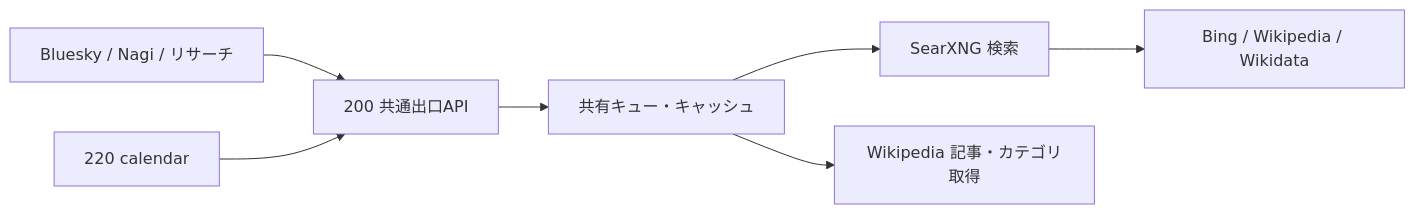
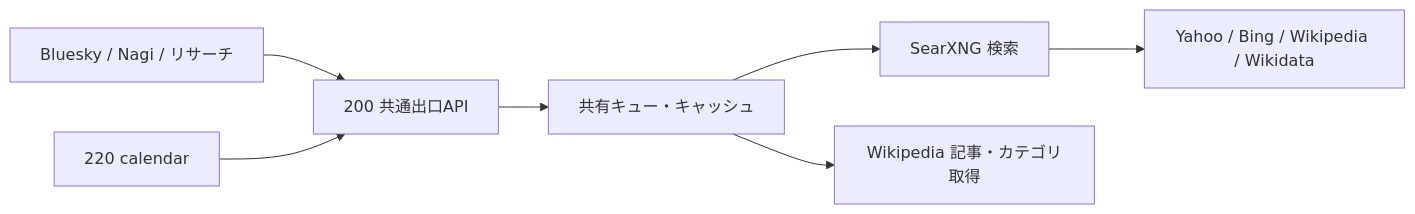
Before and after one commit to suibari/bot-tan-core: the diagram in docs/search-egress.md, drawn with Mermaid. The commit also changed other lines of this file and 4 other files, not shown here.

````diff
--- a/docs/search-egress.md
+++ b/docs/search-egress.md
@@ -6,9 +6,9 @@
 ```mermaid
 flowchart LR
   B[Bluesky / Nagi / リサーチ] --> G[200 共通出口API]
   C[220 calendar] --> G
   G --> Q[共有キュー・キャッシュ]
   Q --> S[SearXNG 検索]
   Q --> W[Wikipedia 記事・カテゴリ取得]
-  S --> E[Bing / Wikipedia / Wikidata]
+  S --> E[Yahoo / Bing / Wikipedia / Wikidata]
 ```
````
